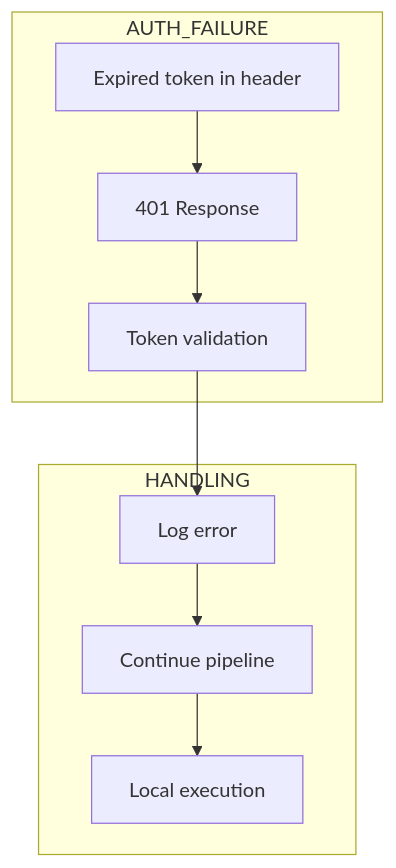
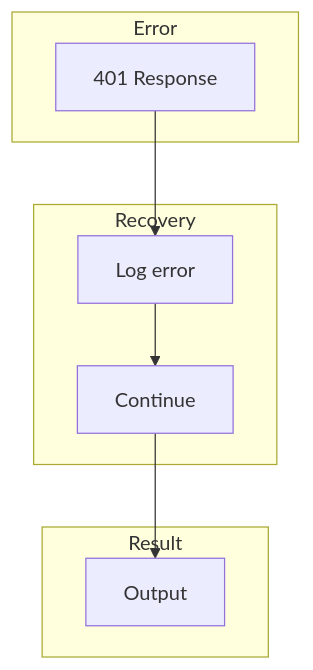
The third of 5 diagrams in examples/api_pipeline/16_expired_token/README.md (wisrovi/wpipe), drawn with Mermaid before and after one commit. The commit also changed other lines of this file and 20 other files, not shown here.

First line of the commit message:
Simplify Mermaid diagrams for better rendering

````diff
--- a/examples/api_pipeline/16_expired_token/README.md
+++ b/examples/api_pipeline/16_expired_token/README.md
@@ -37,16 +34,19 @@
 ```mermaid
 graph TB
-    subgraph AUTH_FAILURE
-        A1[Expired token in header]
-        A2[401 Response]
-        A3[Token validation]
+    subgraph Error
+        A[401 Response]
     end
     
-    subgraph HANDLING
-        H1[Log error]
-        H2[Continue pipeline]
-        H3[Local execution]
+    subgraph Recovery
+        B[Log error]
+        C[Continue]
     end
     
-    A1 --> A2 --> A3 --> H1 --> H2 --> H3
+    subgraph Result
+        D[Output]
+    end
+    
+    A --> B
+    B --> C
+    C --> D
 ```
````
